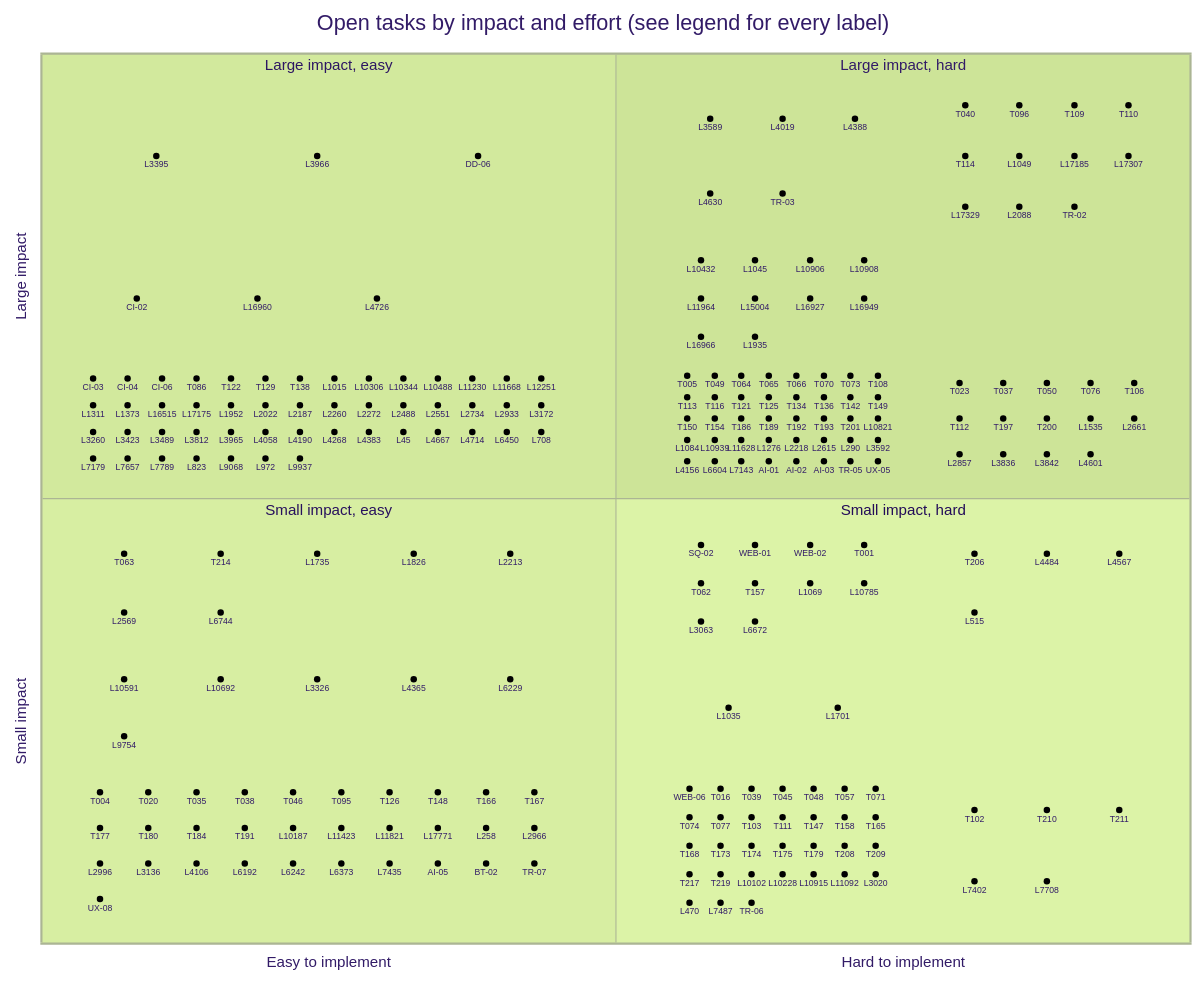
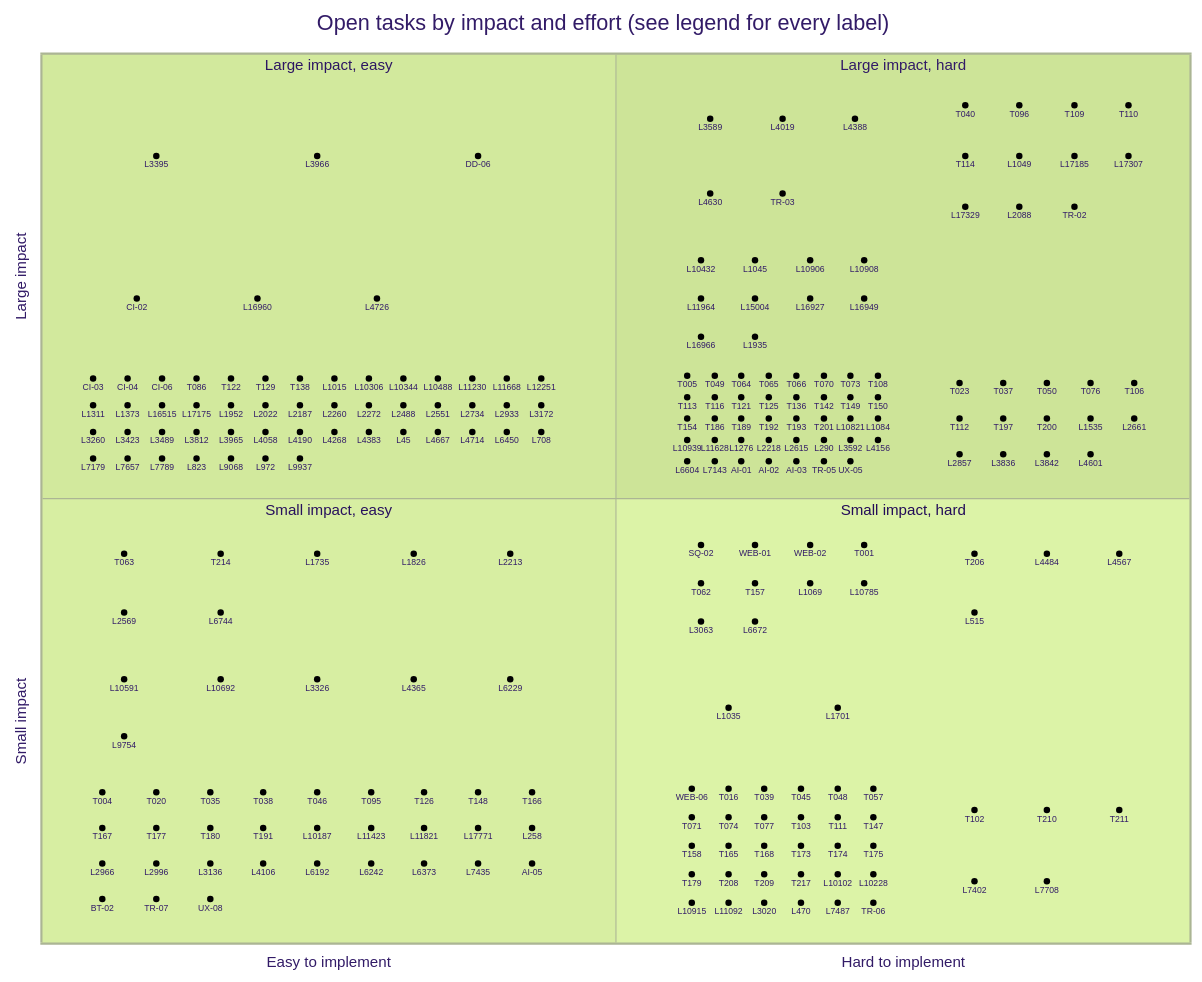
The diagram in docs/agent-tasks/todo-completion-2026-09/QUADRANT.md (falkcorp/audiobook-organizer), drawn with Mermaid (forest theme) before and after one commit. The commit also changed other lines of this file and 3 other files, not shown here.

```diff
--- a/docs/agent-tasks/todo-completion-2026-09/QUADRANT.md
+++ b/docs/agent-tasks/todo-completion-2026-09/QUADRANT.md
@@ -130,34 +130,33 @@
     T116: [0.586, 0.614]
     T121: [0.609, 0.614]
     T125: [0.633, 0.614]
-    T134: [0.657, 0.614]
-    T136: [0.681, 0.614]
-    T142: [0.704, 0.614]
-    T149: [0.728, 0.614]
-    T150: [0.562, 0.59]
-    T154: [0.586, 0.59]
-    T186: [0.609, 0.59]
-    T189: [0.633, 0.59]
-    T192: [0.657, 0.59]
-    T193: [0.681, 0.59]
-    T201: [0.704, 0.59]
-    L10821: [0.728, 0.59]
-    L1084: [0.562, 0.566]
-    L10939: [0.586, 0.566]
-    L11628: [0.609, 0.566]
-    L1276: [0.633, 0.566]
-    L2218: [0.657, 0.566]
-    L2615: [0.681, 0.566]
-    L290: [0.704, 0.566]
-    L3592: [0.728, 0.566]
-    L4156: [0.562, 0.542]
-    L6604: [0.586, 0.542]
-    L7143: [0.609, 0.542]
-    AI-01: [0.633, 0.542]
-    AI-02: [0.657, 0.542]
-    AI-03: [0.681, 0.542]
-    TR-05: [0.704, 0.542]
-    UX-05: [0.728, 0.542]
+    T136: [0.657, 0.614]
+    T142: [0.681, 0.614]
+    T149: [0.704, 0.614]
+    T150: [0.728, 0.614]
+    T154: [0.562, 0.59]
+    T186: [0.586, 0.59]
+    T189: [0.609, 0.59]
+    T192: [0.633, 0.59]
+    T193: [0.657, 0.59]
+    T201: [0.681, 0.59]
+    L10821: [0.704, 0.59]
+    L1084: [0.728, 0.59]
+    L10939: [0.562, 0.566]
+    L11628: [0.586, 0.566]
+    L1276: [0.609, 0.566]
+    L2218: [0.633, 0.566]
+    L2615: [0.657, 0.566]
+    L290: [0.681, 0.566]
+    L3592: [0.704, 0.566]
+    L4156: [0.728, 0.566]
+    L6604: [0.562, 0.542]
+    L7143: [0.586, 0.542]
+    AI-01: [0.609, 0.542]
+    AI-02: [0.633, 0.542]
+    AI-03: [0.657, 0.542]
+    TR-05: [0.681, 0.542]
+    UX-05: [0.704, 0.542]
     T023: [0.799, 0.63]
     T037: [0.837, 0.63]
     T050: [0.875, 0.63]
@@ -201,68 +200,66 @@
     L9754: [0.072, 0.233]
     L1035: [0.598, 0.265]
     L1701: [0.693, 0.265]
-    WEB-06: [0.564, 0.174]
-    T004: [0.051, 0.17]
-    T020: [0.093, 0.17]
-    T035: [0.135, 0.17]
-    T038: [0.177, 0.17]
-    T046: [0.219, 0.17]
-    T095: [0.261, 0.17]
-    T126: [0.303, 0.17]
-    T148: [0.345, 0.17]
-    T166: [0.387, 0.17]
-    T167: [0.429, 0.17]
-    T177: [0.051, 0.13]
-    T180: [0.093, 0.13]
-    T184: [0.135, 0.13]
-    T191: [0.177, 0.13]
-    L10187: [0.219, 0.13]
-    L11423: [0.261, 0.13]
-    L11821: [0.303, 0.13]
-    L17771: [0.345, 0.13]
-    L258: [0.387, 0.13]
-    L2966: [0.429, 0.13]
-    L2996: [0.051, 0.09]
-    L3136: [0.093, 0.09]
-    L4106: [0.135, 0.09]
-    L6192: [0.177, 0.09]
-    L6242: [0.219, 0.09]
-    L6373: [0.261, 0.09]
-    L7435: [0.303, 0.09]
-    AI-05: [0.345, 0.09]
-    BT-02: [0.387, 0.09]
-    TR-07: [0.429, 0.09]
-    UX-08: [0.051, 0.05]
-    T016: [0.591, 0.174]
-    T039: [0.618, 0.174]
-    T045: [0.645, 0.174]
-    T048: [0.672, 0.174]
-    T057: [0.699, 0.174]
-    T071: [0.726, 0.174]
-    T074: [0.564, 0.142]
-    T077: [0.591, 0.142]
-    T103: [0.618, 0.142]
-    T111: [0.645, 0.142]
-    T147: [0.672, 0.142]
-    T158: [0.699, 0.142]
-    T165: [0.726, 0.142]
-    T168: [0.564, 0.11]
-    T173: [0.591, 0.11]
-    T174: [0.618, 0.11]
-    T175: [0.645, 0.11]
-    T179: [0.672, 0.11]
-    T208: [0.699, 0.11]
-    T209: [0.726, 0.11]
-    T217: [0.564, 0.078]
-    T219: [0.591, 0.078]
-    L10102: [0.618, 0.078]
-    L10228: [0.645, 0.078]
-    L10915: [0.672, 0.078]
-    L11092: [0.699, 0.078]
-    L3020: [0.726, 0.078]
-    L470: [0.564, 0.046]
-    L7487: [0.591, 0.046]
-    TR-06: [0.618, 0.046]
+    WEB-06: [0.566, 0.174]
+    T004: [0.053, 0.17]
+    T020: [0.1, 0.17]
+    T035: [0.147, 0.17]
+    T038: [0.193, 0.17]
+    T046: [0.24, 0.17]
+    T095: [0.287, 0.17]
+    T126: [0.333, 0.17]
+    T148: [0.38, 0.17]
+    T166: [0.427, 0.17]
+    T167: [0.053, 0.13]
+    T177: [0.1, 0.13]
+    T180: [0.147, 0.13]
+    T191: [0.193, 0.13]
+    L10187: [0.24, 0.13]
+    L11423: [0.287, 0.13]
+    L11821: [0.333, 0.13]
+    L17771: [0.38, 0.13]
+    L258: [0.427, 0.13]
+    L2966: [0.053, 0.09]
+    L2996: [0.1, 0.09]
+    L3136: [0.147, 0.09]
+    L4106: [0.193, 0.09]
+    L6192: [0.24, 0.09]
+    L6242: [0.287, 0.09]
+    L6373: [0.333, 0.09]
+    L7435: [0.38, 0.09]
+    AI-05: [0.427, 0.09]
+    BT-02: [0.053, 0.05]
+    TR-07: [0.1, 0.05]
+    UX-08: [0.147, 0.05]
+    T016: [0.598, 0.174]
+    T039: [0.629, 0.174]
+    T045: [0.661, 0.174]
+    T048: [0.693, 0.174]
+    T057: [0.724, 0.174]
+    T071: [0.566, 0.142]
+    T074: [0.598, 0.142]
+    T077: [0.629, 0.142]
+    T103: [0.661, 0.142]
+    T111: [0.693, 0.142]
+    T147: [0.724, 0.142]
+    T158: [0.566, 0.11]
+    T165: [0.598, 0.11]
+    T168: [0.629, 0.11]
+    T173: [0.661, 0.11]
+    T174: [0.693, 0.11]
+    T175: [0.724, 0.11]
+    T179: [0.566, 0.078]
+    T208: [0.598, 0.078]
+    T209: [0.629, 0.078]
+    T217: [0.661, 0.078]
+    L10102: [0.693, 0.078]
+    L10228: [0.724, 0.078]
+    L10915: [0.566, 0.046]
+    L11092: [0.598, 0.046]
+    L3020: [0.629, 0.046]
+    L470: [0.661, 0.046]
+    L7487: [0.693, 0.046]
+    TR-06: [0.724, 0.046]
     T102: [0.812, 0.15]
     T210: [0.875, 0.15]
     T211: [0.938, 0.15]
```
